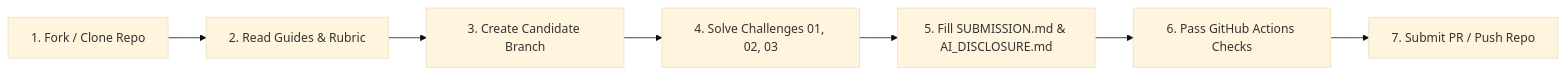
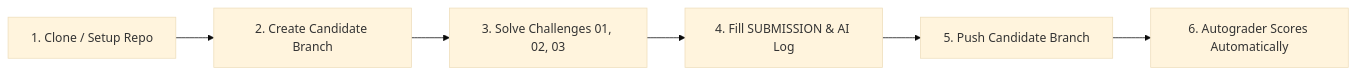
Before and after one commit to VinaySiddha/gdgoc-organiser-recruitment: the diagram in README.md, drawn with Mermaid (base theme). The commit also changed other lines of this file and 2 other files, not shown here.

Commit message:
Update contribution guidelines and candidate assessment workflow

````diff
--- a/README.md
+++ b/README.md
@@ -83,9 +83,8 @@
 ```mermaid
 flowchart LR
-    A[1. Fork / Clone Repo] --> B[2. Read Guides & Rubric]
-    B --> C[3. Create Candidate Branch]
-    C --> D[4. Solve Challenges 01, 02, 03]
-    D --> E[5. Fill SUBMISSION.md & AI_DISCLOSURE.md]
-    E --> F[6. Pass GitHub Actions Checks]
-    F --> G[7. Submit PR / Push Repo]
+    A[1. Clone / Setup Repo] --> B[2. Create Candidate Branch]
+    B --> C[3. Solve Challenges 01, 02, 03]
+    C --> D[4. Fill SUBMISSION & AI Log]
+    D --> E[5. Push Candidate Branch]
+    E --> F[6. Autograder Scores Automatically]
 ```
````
